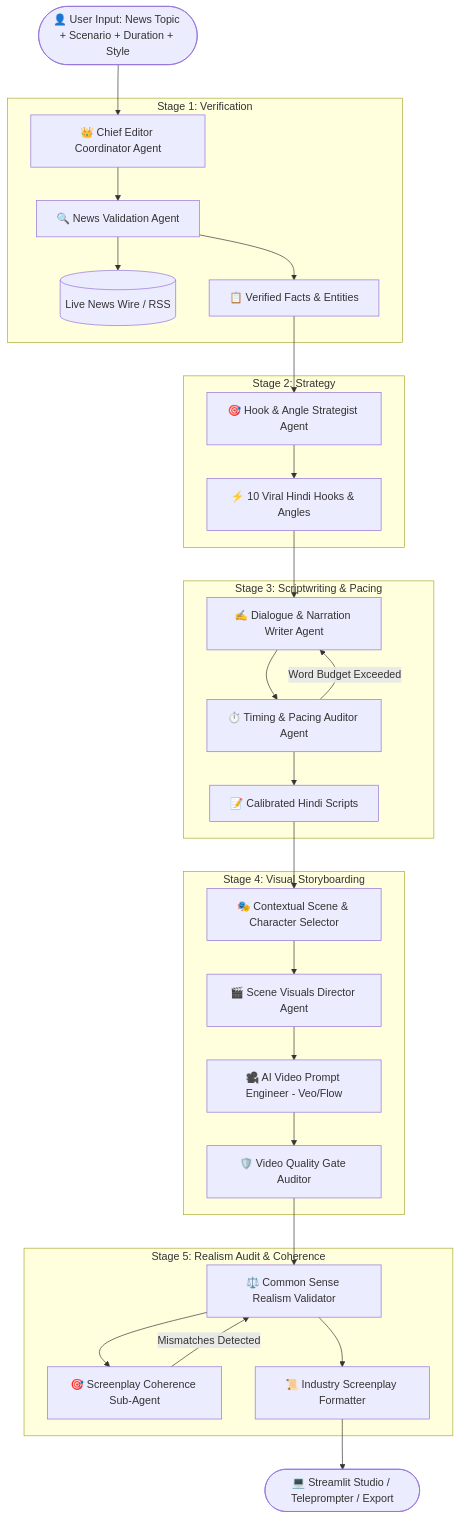
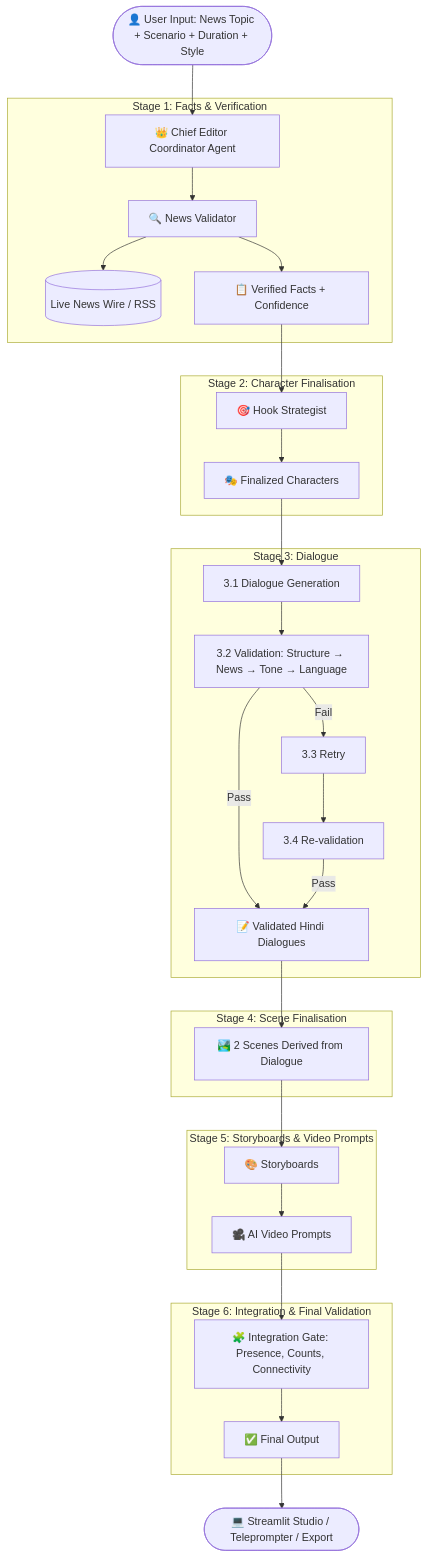
One commit to abhi266raj/ai-script-maker changed the diagram in README.md. Above: the diagram before and after it, drawn with Mermaid. The commit also changed other lines of this file and 51 other files, not shown here.

Commit message:
Checkpoint: fallback audits wrapped, Stage 5 gate killed, strict-JSON backend in

````diff
--- a/README.md
+++ b/README.md
@@ -39,38 +81,40 @@
 ```mermaid
 flowchart TD
     User([👤 User Input: News Topic + Scenario + Duration + Style]) --> Coordinator[👑 Chief Editor Coordinator Agent]
-    
-    subgraph Stage 1: Verification
-        Coordinator --> NewsAgent[🔍 News Validation Agent]
+
+    subgraph S1["Stage 1: Facts & Verification"]
+        Coordinator --> NewsAgent[🔍 News Validator]
         NewsAgent --> RSS[(Live News Wire / RSS)]
-        NewsAgent --> FactReport[📋 Verified Facts & Entities]
+        NewsAgent --> FactReport[📋 Verified Facts + Confidence]
     end
 
-    subgraph Stage 2: Strategy
-        FactReport --> HookAgent[🎯 Hook & Angle Strategist Agent]
-        HookAgent --> AngleHooks[⚡ 10 Viral Hindi Hooks & Angles]
+    subgraph S2["Stage 2: Character Finalisation"]
+        FactReport --> HookAgent[🎯 Hook Strategist]
+        HookAgent --> Characters[🎭 Finalized Characters]
     end
 
-    subgraph Stage 3: Scriptwriting & Pacing
-        AngleHooks --> WriterAgent[✍️ Dialogue & Narration Writer Agent]
-        WriterAgent --> TimingAgent[⏱️ Timing & Pacing Auditor Agent]
-        TimingAgent -->|Word Budget Exceeded| WriterAgent
-        TimingAgent --> CalibratedScripts[📝 Calibrated Hindi Scripts]
+    subgraph S3["Stage 3: Dialogue"]
+        Characters --> S31["3.1 Dialogue Generation"]
+        S31 --> S32["3.2 Validation: Structure → News → Tone → Language"]
+        S32 -->|Fail| S33["3.3 Retry"]
+        S33 --> S34["3.4 Re-validation"]
+        S32 -->|Pass| Dialogues[📝 Validated Hindi Dialogues]
+        S34 -->|Pass| Dialogues
     end
 
-    subgraph Stage 4: Visual Storyboarding
-        CalibratedScripts --> ContextAgent[🎭 Contextual Scene & Character Selector]
-        ContextAgent --> DirectorAgent[🎬 Scene Visuals Director Agent]
-        DirectorAgent --> PromptAgent[🎥 AI Video Prompt Engineer - Veo/Flow]
-        PromptAgent --> QualityAgent[🛡️ Video Quality Gate Auditor]
+    subgraph S4["Stage 4: Scene Finalisation"]
+        Dialogues --> Scenes[🏞️ 2 Scenes Derived from Dialogue]
     end
 
-    subgraph Stage 5: Realism Audit & Coherence
-        QualityAgent --> CommonSense[⚖️ Common Sense Realism Validator]
-        CommonSense --> CoherenceAgent[🎯 Screenplay Coherence Sub-Agent]
-        CoherenceAgent -->|Mismatches Detected| CommonSense
-        CommonSense --> Formatter[📜 Industry Screenplay Formatter]
+    subgraph S5["Stage 5: Storyboards & Video Prompts"]
+        Scenes --> Storyboards[🎨 Storyboards]
+        Storyboards --> Prompts[🎥 AI Video Prompts]
     end
 
-    Formatter --> WebUI([💻 Streamlit Studio / Teleprompter / Export])
+    subgraph S6["Stage 6: Integration & Final Validation"]
+        Prompts --> Integration[🧩 Integration Gate: Presence, Counts, Connectivity]
+        Integration --> Final[✅ Final Output]
+    end
+
+    Final --> WebUI([💻 Streamlit Studio / Teleprompter / Export])
 ```
````
